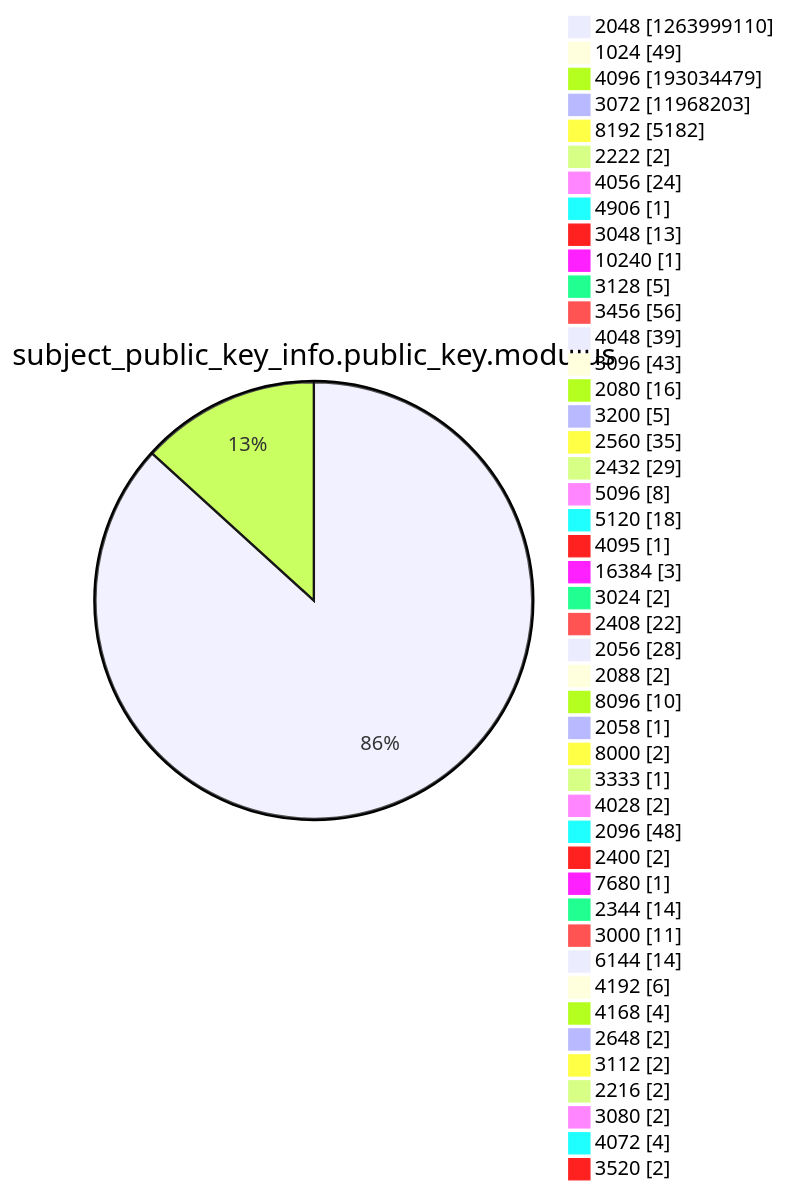
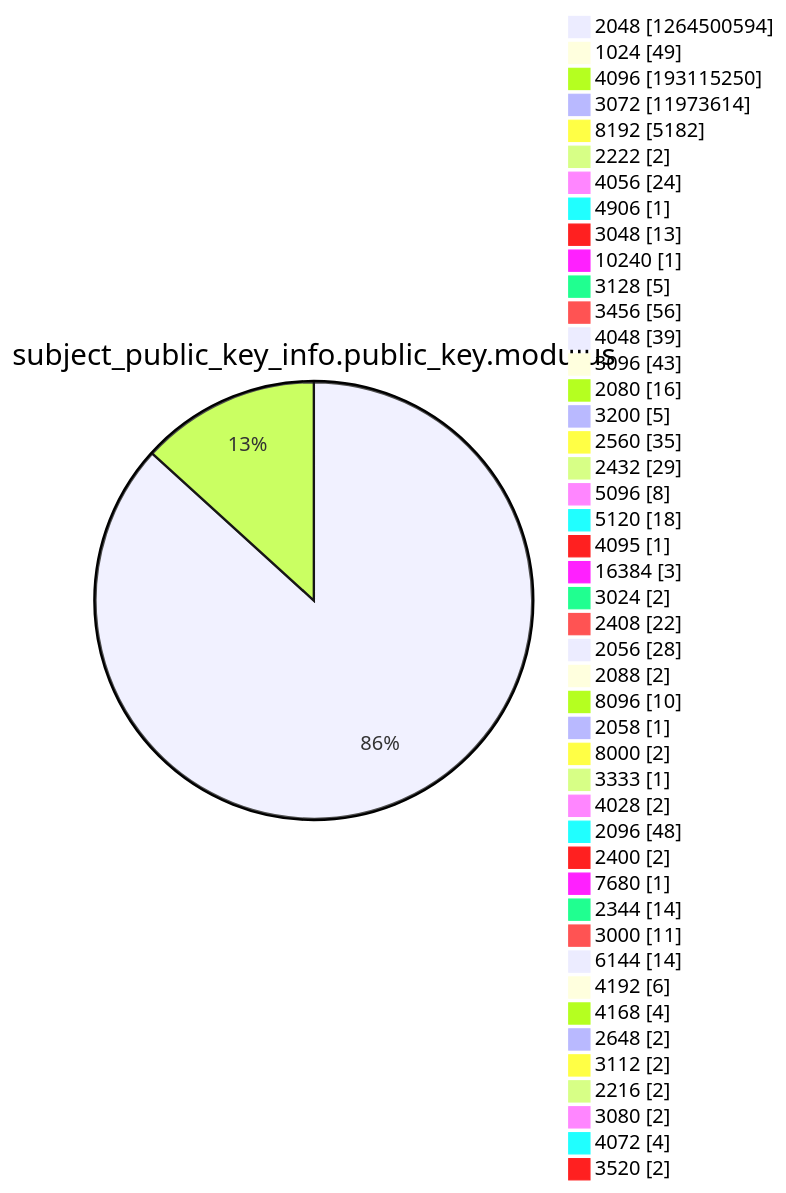
One commit to christiankrug/ctmonitor_visualization changed diagram 13 of 15 in xenon2022/README.md. Above: the diagram before and after it, drawn with Mermaid. The commit also changed other lines of this file, not shown here.

````diff
--- a/xenon2022/README.md
+++ b/xenon2022/README.md
@@ -3920,49 +3920,49 @@
 ```mermaid
 pie showData
 title subject_public_key_info.public_key.modulus
-"2048" :1263999110
+"2048" :1264500594
 "1024" :49
-"4096" :193034479
-"3072" :11968203
+"4096" :193115250
+"3072" :11973614
 "8192" :5182
 "2222" :2
 "4056" :24
 "4906" :1
 "3048" :13
 "10240" :1
 "3128" :5
 "3456" :56
 "4048" :39
 "3096" :43
 "2080" :16
 "3200" :5
 "2560" :35
 "2432" :29
 "5096" :8
 "5120" :18
 "4095" :1
 "16384" :3
 "3024" :2
 "2408" :22
 "2056" :28
 "2088" :2
 "8096" :10
 "2058" :1
 "8000" :2
 "3333" :1
 "4028" :2
 "2096" :48
 "2400" :2
 "7680" :1
 "2344" :14
 "3000" :11
 "6144" :14
 "4192" :6
 "4168" :4
 "2648" :2
 "3112" :2
 "2216" :2
 "3080" :2
 "4072" :4
 "3520" :2
 ```
````
